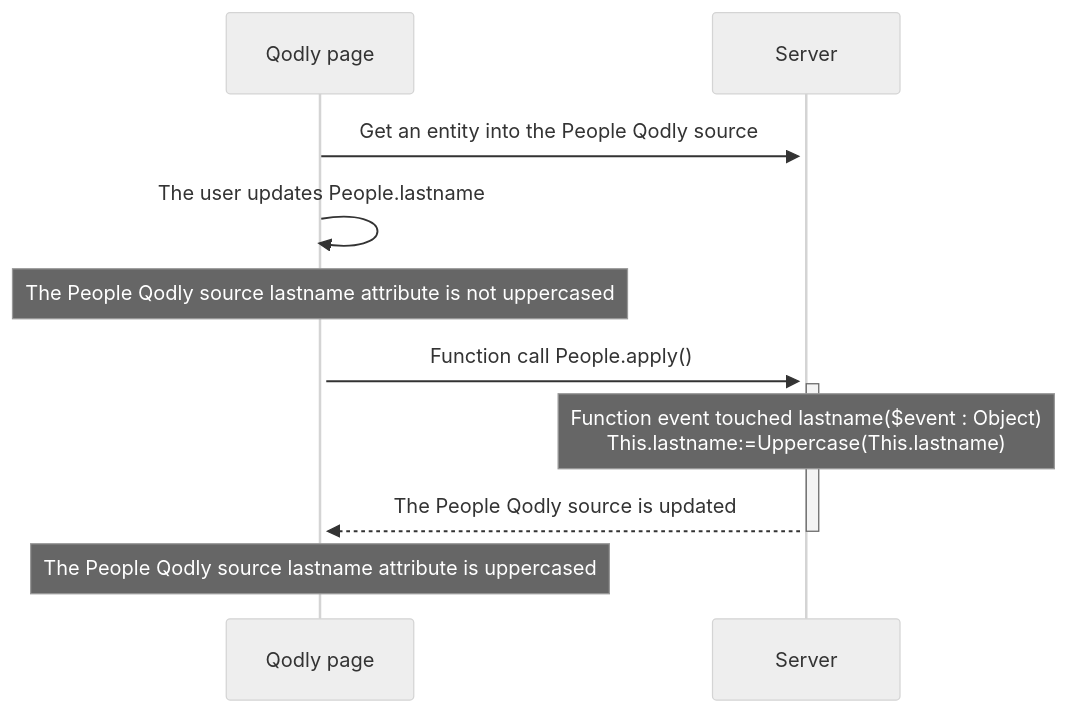
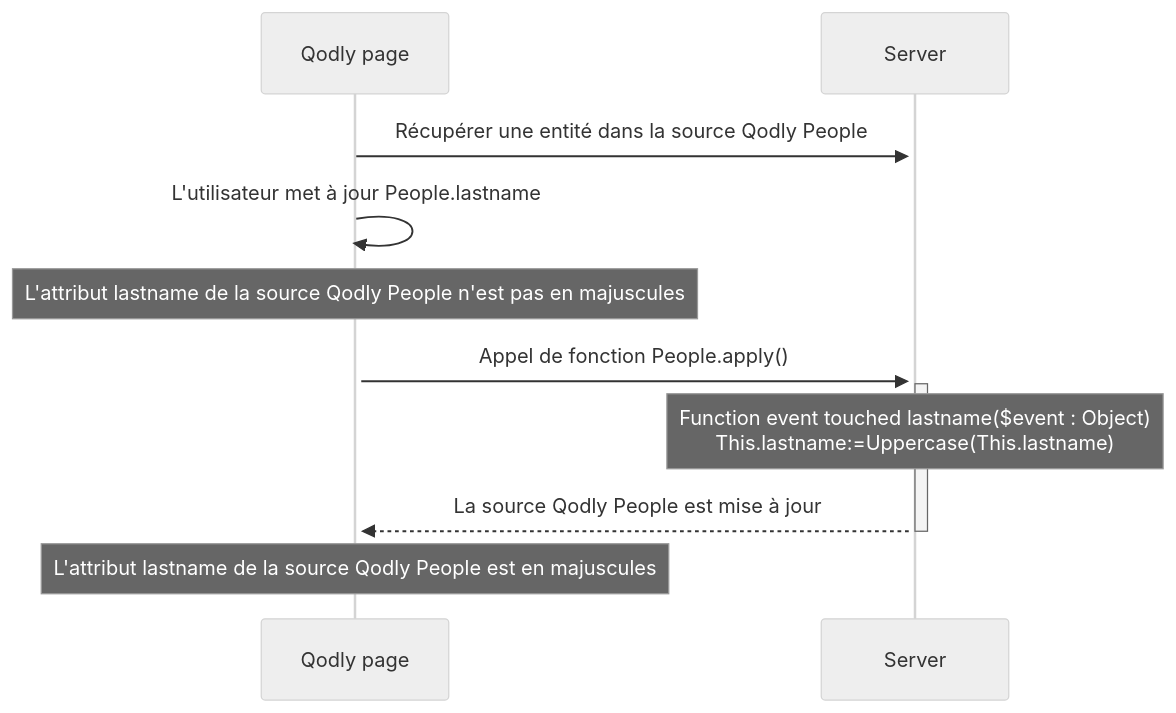
Before and after one commit to 4d/docs: the third of 3 diagrams in i18n/fr/docusaurus-plugin-content-docs/current/ORDA/orda-events.md, drawn with Mermaid (neutral theme). The commit also changed other lines of this file and 19078 other files, not shown here.

````diff
--- a/i18n/fr/docusaurus-plugin-content-docs/current/ORDA/orda-events.md
+++ b/i18n/fr/docusaurus-plugin-content-docs/current/ORDA/orda-events.md
@@ -297,19 +297,19 @@
 ```mermaid
 
 sequenceDiagram
 
-Qodly page->>+ Server: Get an entity into the People Qodly source
+Qodly page->>+ Server: Récupérer une entité dans la source Qodly People
 
-Qodly page->>+Qodly page: The user updates People.lastname
+Qodly page->>+Qodly page: L'utilisateur met à jour People.lastname
 
-Note over Qodly page: The People Qodly source lastname attribute is not uppercased
+Note over Qodly page: L'attribut lastname de la source Qodly People n'est pas en majuscules
 
-Qodly page->>+ Server: Function call People.apply()
+Qodly page->>+ Server: Appel de fonction People.apply()
 
 Note over Server: Function event touched lastname($event : Object) <br> This.lastname:=Uppercase(This.lastname)
 
-Server-->>-Qodly page: The People Qodly source is updated
-Note over Qodly page: The People Qodly source lastname attribute is uppercased
+Server-->>-Qodly page: La source Qodly People est mise à jour
+Note over Qodly page: L'attribut lastname de la source Qodly People est en majuscules
 
 
 ```
````
